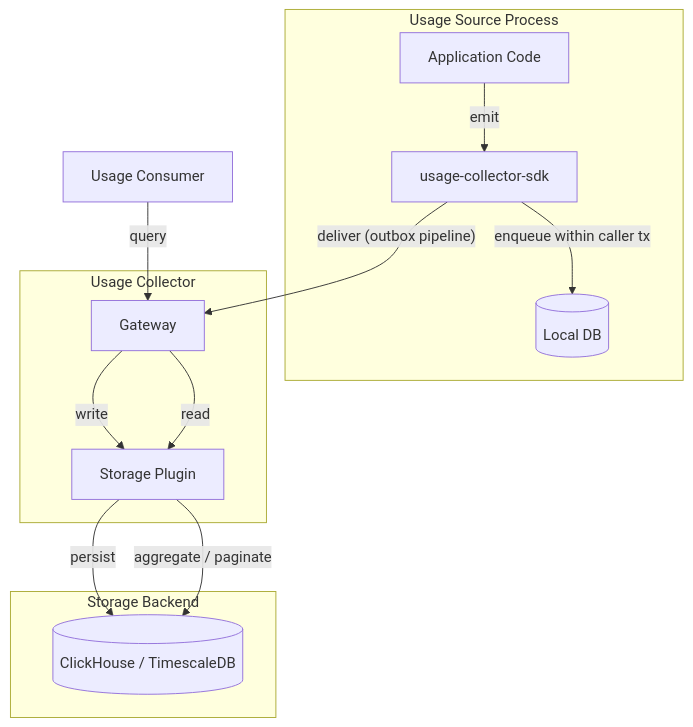
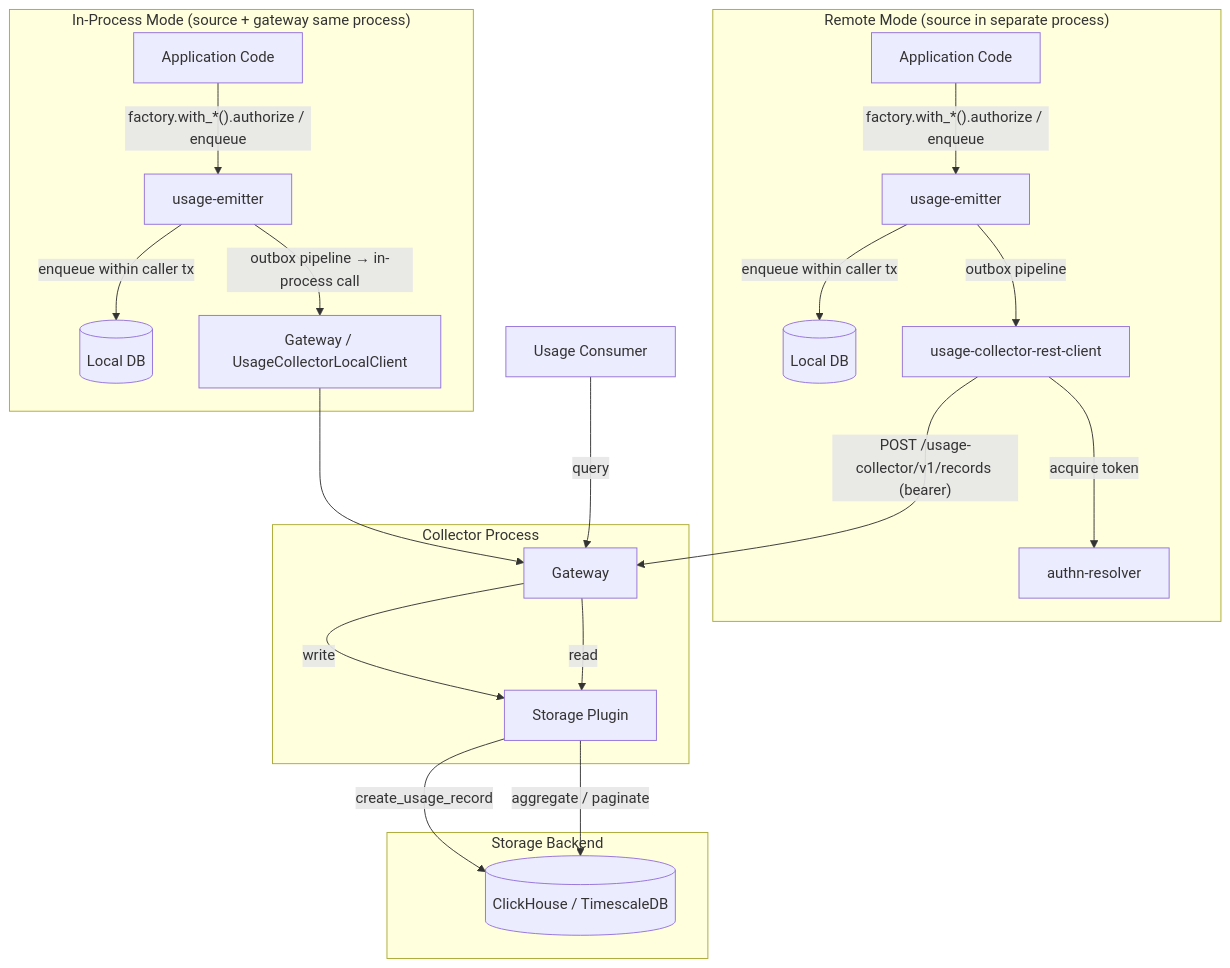
Before and after one commit to capybutler/cyberfabric-core: the first of 8 diagrams in modules/system/usage-collector/docs/DESIGN.md, drawn with Mermaid. The commit also changed other lines of this file and 20 other files, not shown here.

First line of the commit message:
feat(usage-collector): add SDK crate and design documentation

````diff
--- a/modules/system/usage-collector/docs/DESIGN.md
+++ b/modules/system/usage-collector/docs/DESIGN.md
@@ -252,28 +284,45 @@
 ```mermaid
 graph TD
-    subgraph Source["Usage Source Process"]
-        App[Application Code]
-        SDK[usage-collector-sdk]
-        LDB[(Local DB)]
+    subgraph InProcess["In-Process Mode (source + gateway same process)"]
+        App1[Application Code]
+        Emitter1[usage-emitter]
+        LDB1[(Local DB)]
+        GW1[Gateway / UsageCollectorLocalClient]
     end
 
-    subgraph Collector["Usage Collector"]
+    subgraph Remote["Remote Mode (source in separate process)"]
+        App2[Application Code]
+        Emitter2[usage-emitter]
+        LDB2[(Local DB)]
+        RC[usage-collector-rest-client]
+        AuthN[authn-resolver]
+    end
+
+    subgraph Collector["Collector Process"]
         GW[Gateway]
         Plugin[Storage Plugin]
     end
 
     subgraph Storage["Storage Backend"]
         DB[(ClickHouse / TimescaleDB)]
     end
 
     Consumer[Usage Consumer]
 
-    App -->|emit| SDK
-    SDK -->|enqueue within caller tx| LDB
-    SDK -->|"deliver (outbox pipeline)"| GW
+    App1 -->|"factory.with_*().authorize / enqueue"| Emitter1
+    Emitter1 -->|enqueue within caller tx| LDB1
+    Emitter1 -->|"outbox pipeline → in-process call"| GW1
+    GW1 --> GW
+
+    App2 -->|"factory.with_*().authorize / enqueue"| Emitter2
+    Emitter2 -->|enqueue within caller tx| LDB2
+    Emitter2 -->|outbox pipeline| RC
+    RC -->|acquire token| AuthN
+    RC -->|"POST /usage-collector/v1/records (bearer)"| GW
+
     GW -->|write| Plugin
-    Plugin -->|persist| DB
+    Plugin -->|create_usage_record| DB
     Consumer -->|query| GW
     GW -->|read| Plugin
     Plugin -->|aggregate / paginate| DB
 ```
````
